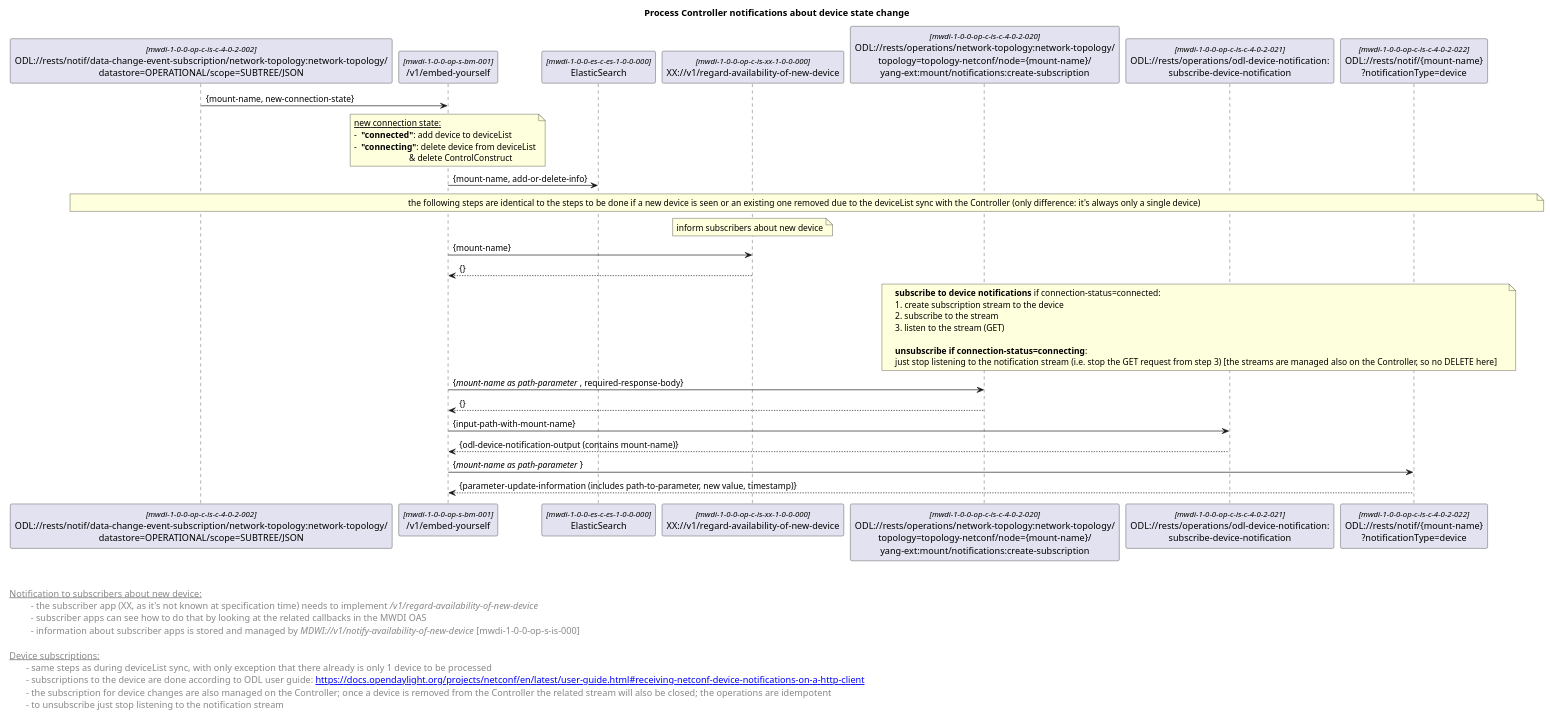
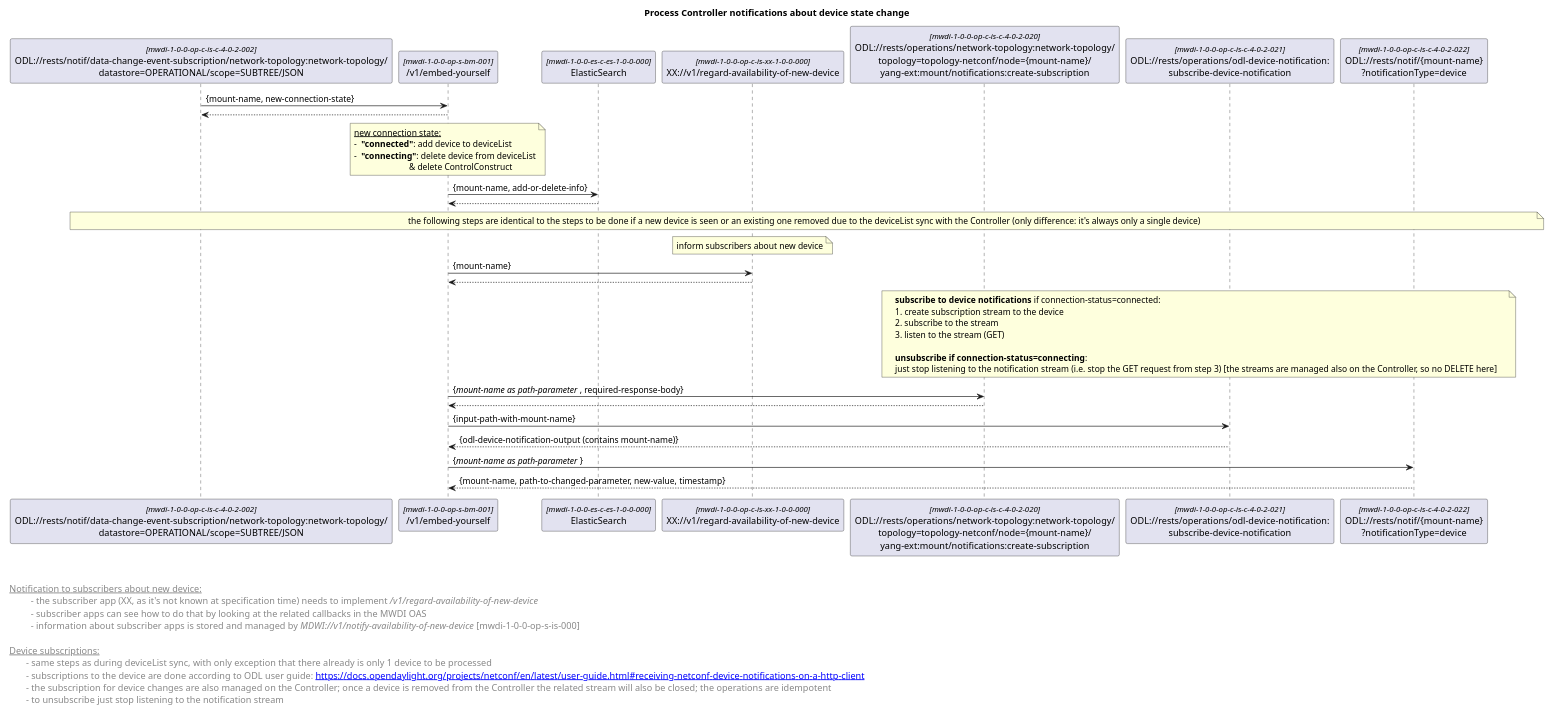
The diagram in spec/diagrams/forwardings/done/02x_forwardingProcessControllerNotifications.plantuml (openBackhaul/MicroWaveDeviceInventory), drawn with PlantUML before and after one commit. The commit also changed 5 other files, not shown here.

```diff
--- a/spec/diagrams/forwardings/done/02x_forwardingProcessControllerNotifications.plantuml
+++ b/spec/diagrams/forwardings/done/02x_forwardingProcessControllerNotifications.plantuml
@@ -1,85 +1,87 @@
 @startuml
 skinparam responseMessageBelowArrow true
 skinparam guillemet [ ]
 skinparam participant {
   StereotypeFontSize 12  
 }
 
 title Process Controller notifications about device state change
 
 
 'participants
 participant "ODL://rests/notif/data-change-event-subscription/network-topology:network-topology/\ndatastore=OPERATIONAL/scope=SUBTREE/JSON" as odlNotification <<mwdi-1-0-0-op-c-is-c-4-0-2-002>>
 participant "/v1/embed-yourself" as mwdi <<mwdi-1-0-0-op-s-bm-001>>
 participant "ElasticSearch" as es <<mwdi-1-0-0-es-c-es-1-0-0-000>>
 participant "XX://v1/regard-availability-of-new-device" as notificationToXX <<mwdi-1-0-0-op-c-is-xx-1-0-0-000>>
 participant "ODL://rests/operations/network-topology:network-topology/\ntopology=topology-netconf/node={mount-name}/\nyang-ext:mount/notifications:create-subscription" as odlsubscribe1 <<mwdi-1-0-0-op-c-is-c-4-0-2-020>>
 participant "ODL://rests/operations/odl-device-notification:\nsubscribe-device-notification" as odlsubscribe2 <<mwdi-1-0-0-op-c-is-c-4-0-2-021>>
 participant "ODL://rests/notif/{mount-name}\n?notificationType=device" as odlsubscribe3 <<mwdi-1-0-0-op-c-is-c-4-0-2-022>> 
 
 
 odlNotification -> mwdi: {mount-name, new-connection-state}
+mwdi --> odlNotification
 
 note over mwdi
  <u>new connection state:</u>
  - <b> "connected"</b>: add device to deviceList
  - <b> "connecting"</b>: delete device from deviceList
                           & delete ControlConstruct
 end note
 
 mwdi -> es: {mount-name, add-or-delete-info}
+es --> mwdi
 
 'for new devices subscribe to device changes
 note across: the following steps are identical to the steps to be done if a new device is seen or an existing one removed due to the deviceList sync with the Controller (only difference: it's always only a single device)
 
 'inform subscribers about new device
 note over notificationToXX: inform subscribers about new device
 mwdi -> notificationToXX: {mount-name}
-notificationToXX --> mwdi: {}
+notificationToXX --> mwdi
 
 
 'subscription to Controller
 note over odlsubscribe1, odlsubscribe3
 <b>subscribe to device notifications</b> if connection-status=connected:
 1. create subscription stream to the device
 2. subscribe to the stream
 3. listen to the stream (GET)
 
 <b>unsubscribe if connection-status=connecting</b>:
 just stop listening to the notification stream (i.e. stop the GET request from step 3) [the streams are managed also on the Controller, so no DELETE here]
 end note
 
 mwdi -> odlsubscribe1: {<i>mount-name as path-parameter </i>, required-response-body}
-odlsubscribe1 --> mwdi: {}
+odlsubscribe1 --> mwdi
 
 mwdi -> odlsubscribe2: {input-path-with-mount-name}
 odlsubscribe2 --> mwdi: {odl-device-notification-output (contains mount-name)}
 
 mwdi -> odlsubscribe3: {<i>mount-name as path-parameter </i>}
-odlsubscribe3 --> mwdi: {parameter-update-information (includes path-to-parameter, new value, timestamp)}
+odlsubscribe3 --> mwdi: {mount-name, path-to-changed-parameter, new-value, timestamp}
 
 
 
 left footer 
 
 
 <u> Notification to subscribers about new device:</u>
 \t  - the subscriber app (XX, as it's not known at specification time) needs to implement <i>/v1/regard-availability-of-new-device</i>
 \t  - subscriber apps can see how to do that by looking at the related callbacks in the MWDI OAS 
 \t  - information about subscriber apps is stored and managed by <i>MDWI://v1/notify-availability-of-new-device</i> [mwdi-1-0-0-op-s-is-000]
 
 <u> Device subscriptions:</u>
 \t- same steps as during deviceList sync, with only exception that there already is only 1 device to be processed
 \t- subscriptions to the device are done according to ODL user guide: [[https://docs.opendaylight.org/projects/netconf/en/latest/user-guide.html#receiving-netconf-device-notifications-on-a-http-client]]
 \t- the subscription for device changes are also managed on the Controller; once a device is removed from the Controller the related stream will also be closed; the operations are idempotent
 \t- to unsubscribe just stop listening to the notification stream
 end footer
 
 <style>
 footer {
   HorizontalAlignment left
   FontSize 14
 }
 </style>
 
 @enduml
```
